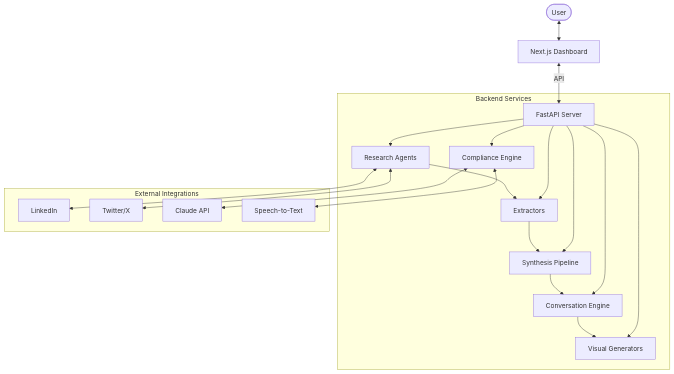
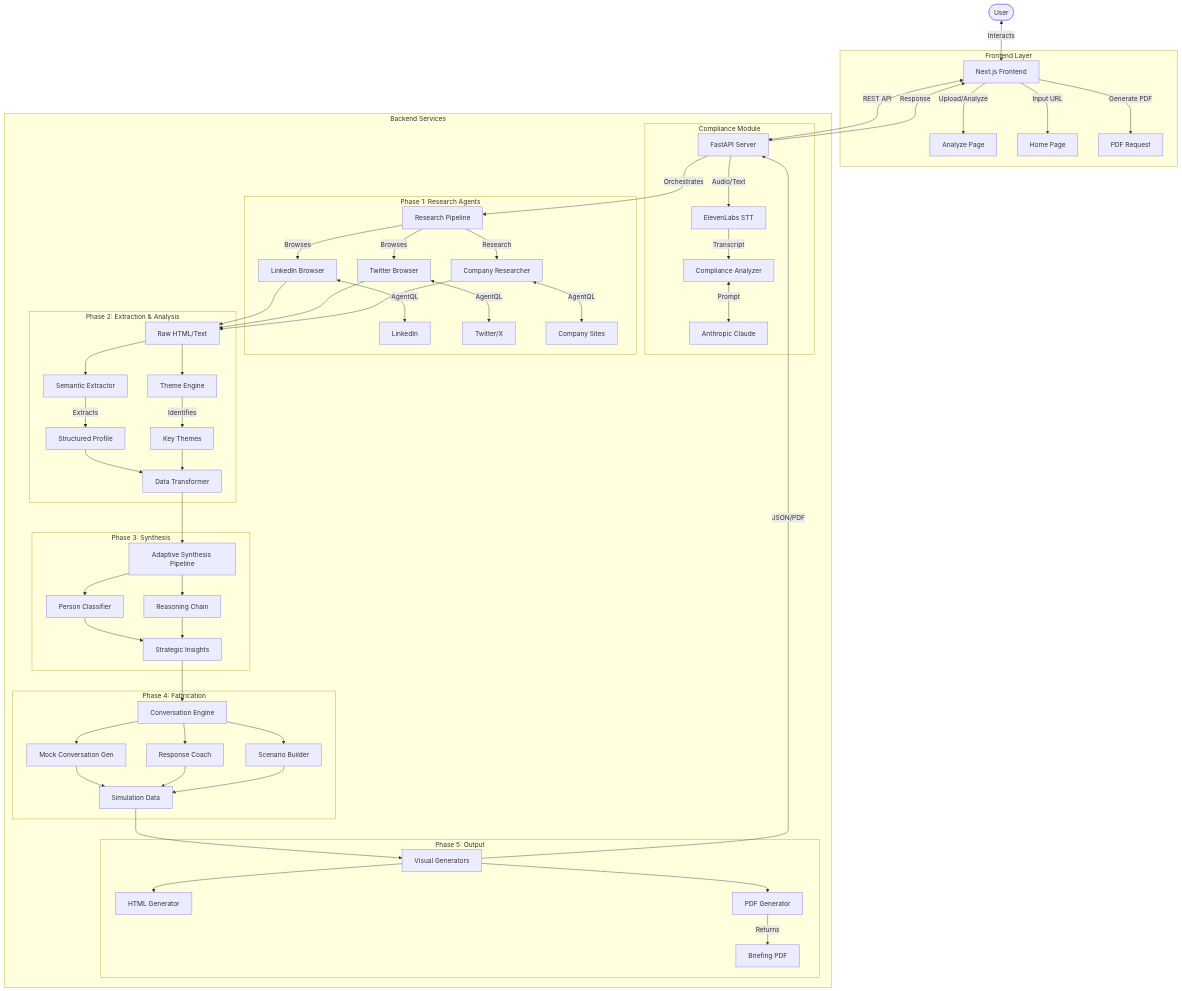
The diagram in README.md (sreeprasad/september), drawn with Mermaid before and after one commit.

Commit message:
Update README with detailed Mermaid architecture and naming fixes

````diff
--- a/README.md
+++ b/README.md
@@ -82,26 +82,80 @@
 ```mermaid
 graph TD
-    User([User]) <--> Frontend[Next.js Dashboard]
-    Frontend <-->|API| Backend[FastAPI Server]
+    %% Users and Frontend
+    User([User]) <-->|Interacts| Frontend[Next.js Frontend]
+    
+    subgraph "Frontend Layer"
+        Frontend -->|Upload/Analyze| AnalyzePage[Analyze Page]
+        Frontend -->|Input URL| HomePage[Home Page]
+        Frontend -->|Generate PDF| PDFRequest[PDF Request]
+    end
+
+    %% Backend Connection
+    Frontend <-->|REST API| Backend[FastAPI Server]
 
     subgraph "Backend Services"
-        Backend --> Agents[Research Agents]
-        Backend --> Extract[Extractors]
-        Backend --> Synthesis[Synthesis Pipeline]
-        Backend --> Fabricate[Conversation Engine]
-        Backend --> Visual[Visual Generators]
-        Backend --> Compliance[Compliance Engine]
+        Backend -->|Orchestrates| Pipeline[Research Pipeline]
+        
+        %% Phase 1: Research
+        subgraph "Phase 1: Research Agents"
+            Pipeline -->|Browses| LinkedIn[LinkedIn Browser]
+            Pipeline -->|Browses| Twitter[Twitter Browser]
+            Pipeline -->|Research| Company[Company Researcher]
+            
+            LinkedIn <-->|AgentQL| Web1[LinkedIn]
+            Twitter <-->|AgentQL| Web2[Twitter/X]
+            Company <-->|AgentQL| Web3[Company Sites]
+        end
+
+        %% Phase 2: Extraction
+        subgraph "Phase 2: Extraction & Analysis"
+            LinkedIn & Twitter & Company --> RawData[Raw HTML/Text]
+            RawData --> Extractor[Semantic Extractor]
+            RawData --> ThemeEngine[Theme Engine]
+            
+            Extractor -->|Extracts| StructuredData[Structured Profile]
+            ThemeEngine -->|Identifies| Themes[Key Themes]
+            
+            StructuredData & Themes --> Transformer[Data Transformer]
+        end
+
+        %% Phase 3: Synthesis
+        subgraph "Phase 3: Synthesis"
+            Transformer --> SynthesisPipe[Adaptive Synthesis Pipeline]
+            SynthesisPipe --> Classifier[Person Classifier]
+            SynthesisPipe --> Reasoning[Reasoning Chain]
+            
+            Classifier & Reasoning --> Insights[Strategic Insights]
+        end
+
+        %% Phase 4: Fabrication
+        subgraph "Phase 4: Fabrication"
+            Insights --> Fabricate[Conversation Engine]
+            Fabricate --> MockGen[Mock Conversation Gen]
+            Fabricate --> Coach[Response Coach]
+            Fabricate --> Scenarios[Scenario Builder]
+            
+            MockGen & Coach & Scenarios --> SimData[Simulation Data]
+        end
+        
+        %% Phase 5: Visualization & Output
+        subgraph "Phase 5: Output"
+            SimData --> Visual[Visual Generators]
+            Visual --> HTMLGen[HTML Generator]
+            Visual --> PDFGen[PDF Generator]
+            
+            PDFGen -->|Returns| PDFFile[Briefing PDF]
+        end
+
+        %% Compliance Module (Separate Flow)
+        subgraph "Compliance Module"
+            Backend -->|Audio/Text| Transcribe[ElevenLabs STT]
+            Transcribe -->|Transcript| Analyzer[Compliance Analyzer]
+            Analyzer <-->|Prompt| Claude[Anthropic Claude]
+        end
     end
 
-    subgraph "External Integrations"
-        Agents <--> LinkedIn[LinkedIn]
-        Agents <--> Twitter[Twitter/X]
-        Compliance <--> Anthropic[Claude API]
-        Compliance <--> ElevenLabs[Speech-to-Text]
-    end
-
-    Agents --> Extract
-    Extract --> Synthesis
-    Synthesis --> Fabricate
-    Fabricate --> Visual
+    %% Data Return
+    Visual -->|JSON/PDF| Backend
+    Backend -->|Response| Frontend
 ```
````
